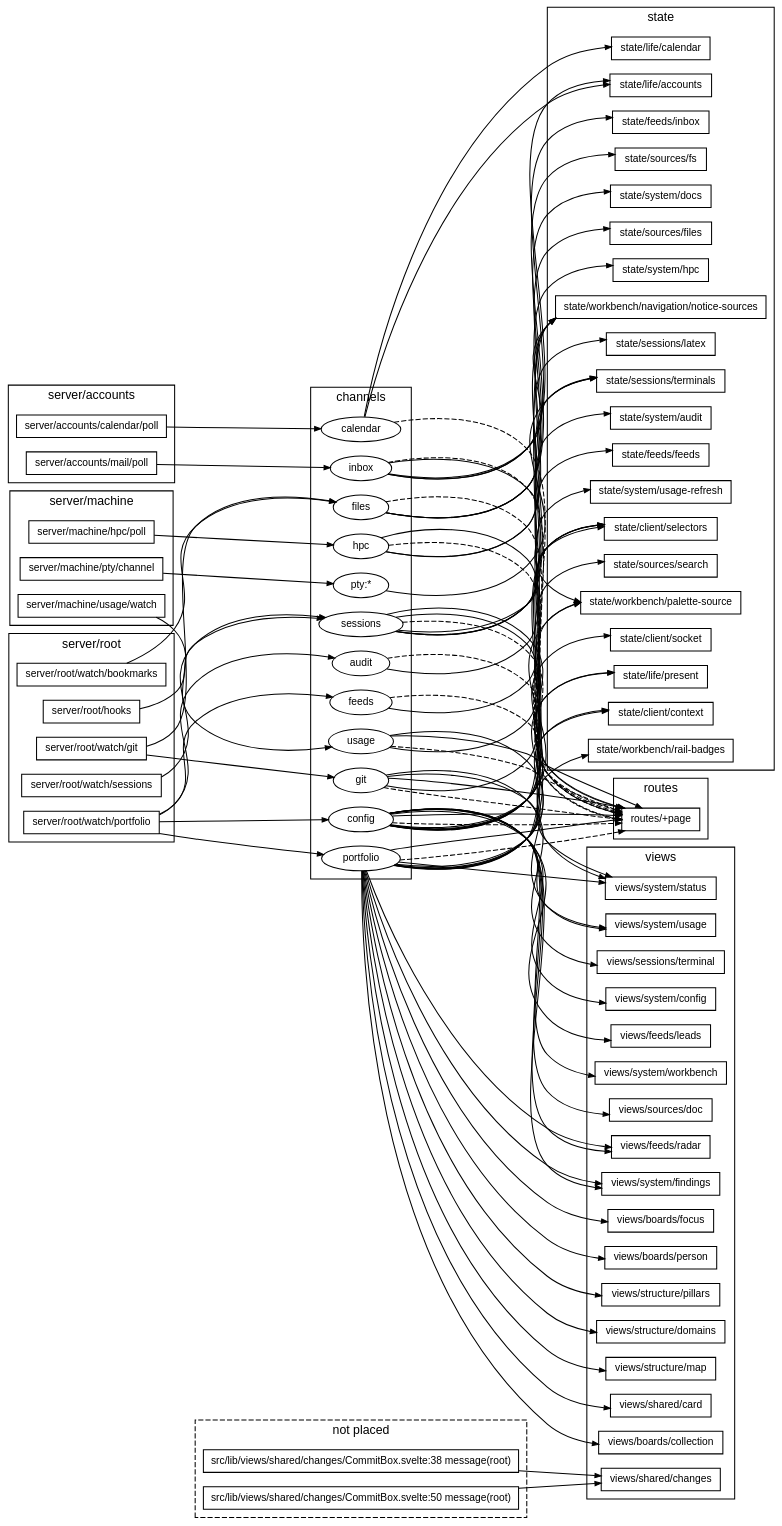
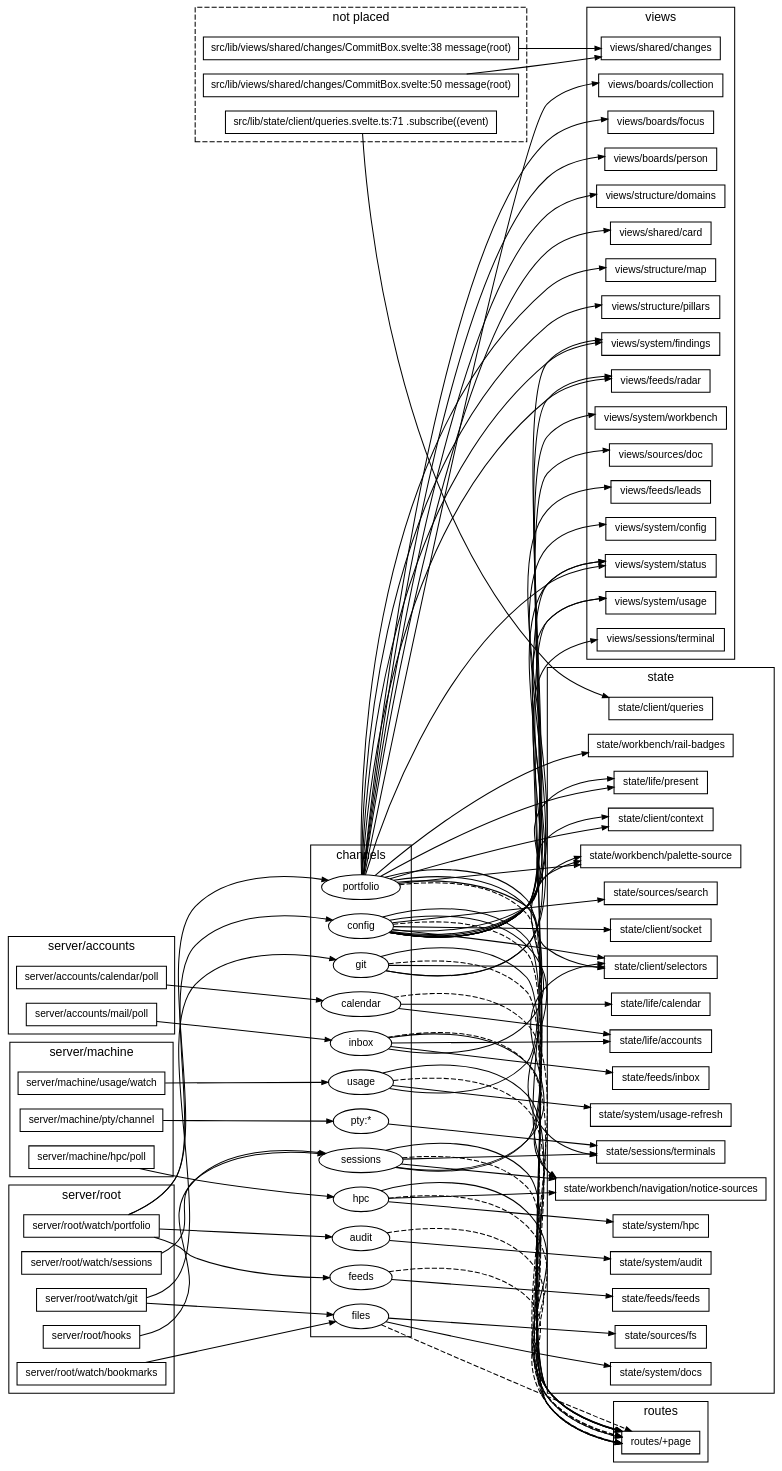
The diagram in docs/diagrams/channels.dot (TheAxeC/oculus), drawn with Graphviz before and after one commit. The commit also changed 50 other files, not shown here.

```diff
--- a/docs/diagrams/channels.dot
+++ b/docs/diagrams/channels.dot
@@ -1,178 +1,177 @@
 digraph channels {
     graph [bgcolor="transparent", rankdir=LR, fontname="Helvetica,Arial,sans-serif", fontsize=12, nodesep=0.2, ranksep=0.5];
     node [shape=box, color="black", fontcolor="black", fontname="Helvetica,Arial,sans-serif", fontsize=10, height=0.3, margin="0.12,0.04"];
     edge [color="black", fontcolor="black", fontname="Helvetica,Arial,sans-serif", fontsize=8, arrowsize=0.6];
     subgraph "cluster_publish server/accounts" {
         label="server/accounts"; style=solid;
         "server/accounts/calendar/poll";
         "server/accounts/mail/poll";
     }
     subgraph "cluster_publish server/machine" {
         label="server/machine"; style=solid;
         "server/machine/hpc/poll";
         "server/machine/pty/channel";
         "server/machine/usage/watch";
     }
     subgraph "cluster_publish server/root" {
         label="server/root"; style=solid;
         "server/root/hooks";
         "server/root/watch/bookmarks";
         "server/root/watch/git";
         "server/root/watch/portfolio";
         "server/root/watch/sessions";
     }
     subgraph "cluster_channels" {
         label="channels"; style=solid;
         "ch audit" [label="audit", shape=ellipse];
         "ch calendar" [label="calendar", shape=ellipse];
         "ch config" [label="config", shape=ellipse];
         "ch feeds" [label="feeds", shape=ellipse];
         "ch files" [label="files", shape=ellipse];
         "ch git" [label="git", shape=ellipse];
         "ch hpc" [label="hpc", shape=ellipse];
         "ch inbox" [label="inbox", shape=ellipse];
         "ch portfolio" [label="portfolio", shape=ellipse];
         "ch pty:*" [label="pty:*", shape=ellipse];
         "ch sessions" [label="sessions", shape=ellipse];
         "ch usage" [label="usage", shape=ellipse];
     }
     subgraph "cluster_lost" {
         label="not placed"; style=dashed;
+        "? src/lib/state/client/queries.svelte.ts:71" [label="src/lib/state/client/queries.svelte.ts:71 .subscribe((event)"];
         "? src/lib/views/shared/changes/CommitBox.svelte:38" [label="src/lib/views/shared/changes/CommitBox.svelte:38 message(root)"];
         "? src/lib/views/shared/changes/CommitBox.svelte:50" [label="src/lib/views/shared/changes/CommitBox.svelte:50 message(root)"];
     }
     subgraph "cluster_read state" {
         label="state"; style=solid;
         "state/client/context";
+        "state/client/queries";
         "state/client/selectors";
         "state/client/socket";
         "state/feeds/feeds";
         "state/feeds/inbox";
         "state/life/accounts";
         "state/life/calendar";
         "state/life/present";
-        "state/sessions/latex";
         "state/sessions/terminals";
-        "state/sources/files";
         "state/sources/fs";
         "state/sources/search";
         "state/system/audit";
         "state/system/docs";
         "state/system/hpc";
         "state/system/usage-refresh";
         "state/workbench/navigation/notice-sources";
         "state/workbench/palette-source";
         "state/workbench/rail-badges";
     }
     subgraph "cluster_read views" {
         label="views"; style=solid;
         "views/boards/collection";
         "views/boards/focus";
         "views/boards/person";
         "views/feeds/leads";
         "views/feeds/radar";
         "views/sessions/terminal";
         "views/shared/card";
         "views/shared/changes";
         "views/sources/doc";
         "views/structure/domains";
         "views/structure/map";
         "views/structure/pillars";
         "views/system/config";
         "views/system/findings";
         "views/system/status";
         "views/system/usage";
         "views/system/workbench";
     }
     subgraph "cluster_read routes" {
         label="routes"; style=solid;
         "routes/+page";
     }
+    "? src/lib/state/client/queries.svelte.ts:71" -> "state/client/queries";
     "? src/lib/views/shared/changes/CommitBox.svelte:38" -> "views/shared/changes";
     "? src/lib/views/shared/changes/CommitBox.svelte:50" -> "views/shared/changes";
     "ch audit" -> "routes/+page" [style=dashed];
     "ch audit" -> "state/system/audit";
     "ch calendar" -> "routes/+page" [style=dashed];
     "ch calendar" -> "state/life/accounts";
     "ch calendar" -> "state/life/calendar";
     "ch config" -> "routes/+page" [style=dashed];
     "ch config" -> "routes/+page";
     "ch config" -> "state/client/context";
     "ch config" -> "state/client/selectors";
     "ch config" -> "state/client/socket";
     "ch config" -> "state/life/present";
     "ch config" -> "state/sessions/terminals";
     "ch config" -> "state/sources/search";
     "ch config" -> "state/workbench/palette-source";
     "ch config" -> "views/feeds/leads";
     "ch config" -> "views/feeds/radar";
     "ch config" -> "views/sources/doc";
     "ch config" -> "views/system/config";
     "ch config" -> "views/system/findings";
     "ch config" -> "views/system/usage";
     "ch config" -> "views/system/workbench";
     "ch feeds" -> "routes/+page" [style=dashed];
     "ch feeds" -> "state/feeds/feeds";
     "ch files" -> "routes/+page" [style=dashed];
-    "ch files" -> "state/sources/files";
     "ch files" -> "state/sources/fs";
     "ch files" -> "state/system/docs";
     "ch git" -> "routes/+page" [style=dashed];
     "ch git" -> "routes/+page";
     "ch git" -> "state/client/selectors";
     "ch git" -> "views/sessions/terminal";
     "ch git" -> "views/system/status";
     "ch hpc" -> "routes/+page" [style=dashed];
     "ch hpc" -> "routes/+page";
     "ch hpc" -> "state/system/hpc";
     "ch hpc" -> "state/workbench/navigation/notice-sources";
     "ch inbox" -> "routes/+page" [style=dashed];
     "ch inbox" -> "state/feeds/inbox";
     "ch inbox" -> "state/life/accounts";
     "ch inbox" -> "state/workbench/navigation/notice-sources";
     "ch inbox" -> "state/workbench/palette-source";
     "ch portfolio" -> "routes/+page" [style=dashed];
     "ch portfolio" -> "routes/+page";
     "ch portfolio" -> "state/client/context";
     "ch portfolio" -> "state/client/selectors";
     "ch portfolio" -> "state/life/present";
     "ch portfolio" -> "state/workbench/navigation/notice-sources";
     "ch portfolio" -> "state/workbench/palette-source";
     "ch portfolio" -> "state/workbench/rail-badges";
     "ch portfolio" -> "views/boards/collection";
     "ch portfolio" -> "views/boards/focus";
     "ch portfolio" -> "views/boards/person";
     "ch portfolio" -> "views/feeds/radar";
     "ch portfolio" -> "views/shared/card";
     "ch portfolio" -> "views/structure/domains";
     "ch portfolio" -> "views/structure/map";
     "ch portfolio" -> "views/structure/pillars";
     "ch portfolio" -> "views/system/findings";
     "ch portfolio" -> "views/system/status";
     "ch pty:*" -> "state/sessions/terminals";
     "ch sessions" -> "routes/+page" [style=dashed];
     "ch sessions" -> "routes/+page";
     "ch sessions" -> "state/client/selectors";
-    "ch sessions" -> "state/sessions/latex";
     "ch sessions" -> "state/sessions/terminals";
     "ch sessions" -> "state/workbench/navigation/notice-sources";
     "ch sessions" -> "views/system/status";
     "ch usage" -> "routes/+page" [style=dashed];
     "ch usage" -> "routes/+page";
     "ch usage" -> "state/system/usage-refresh";
     "ch usage" -> "views/system/usage";
     "server/accounts/calendar/poll" -> "ch calendar";
     "server/accounts/mail/poll" -> "ch inbox";
     "server/machine/hpc/poll" -> "ch hpc";
     "server/machine/pty/channel" -> "ch pty:*";
     "server/machine/usage/watch" -> "ch usage";
     "server/root/hooks" -> "ch sessions";
     "server/root/watch/bookmarks" -> "ch files";
     "server/root/watch/git" -> "ch files";
     "server/root/watch/git" -> "ch git";
     "server/root/watch/portfolio" -> "ch audit";
     "server/root/watch/portfolio" -> "ch config";
     "server/root/watch/portfolio" -> "ch feeds";
     "server/root/watch/portfolio" -> "ch portfolio";
     "server/root/watch/sessions" -> "ch sessions";
 }
```
